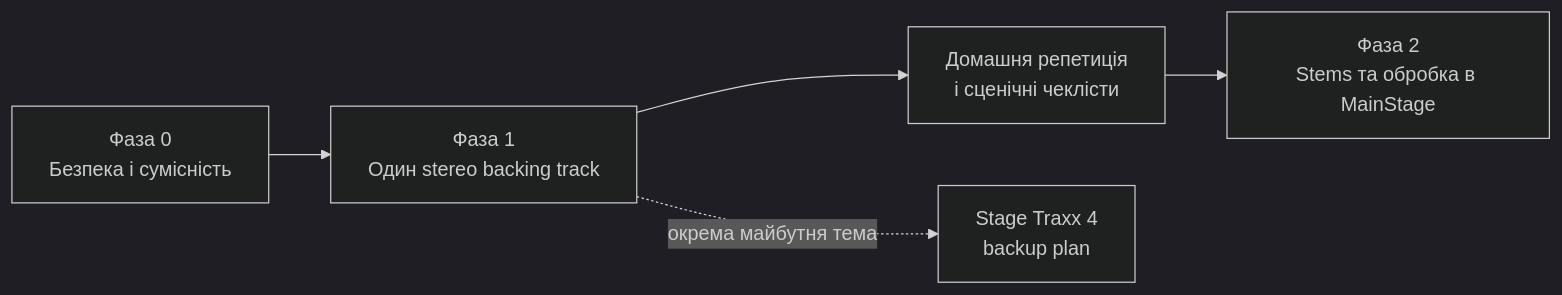
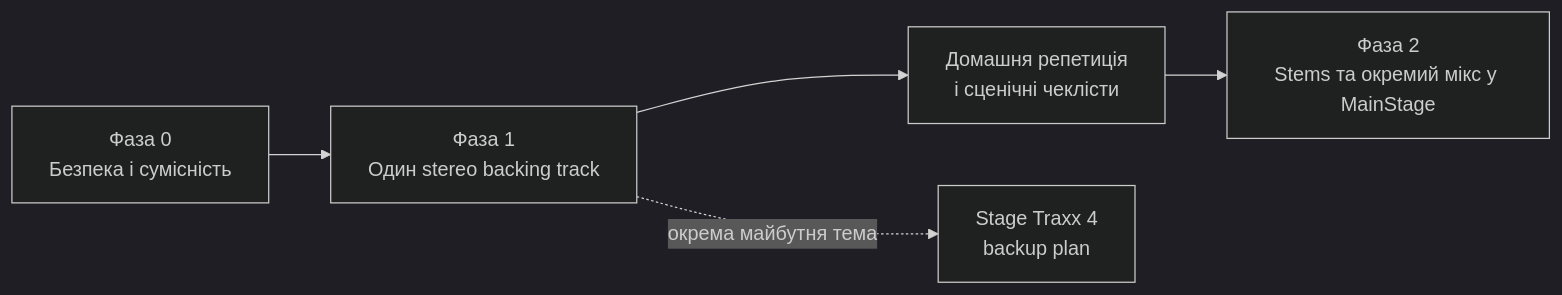
Before and after one commit to andmev/Concert: the diagram in docs/02-documentation-map.md, drawn with Mermaid (dark theme). The commit also changed other lines of this file and 5 other files, not shown here.

````diff
--- a/docs/02-documentation-map.md
+++ b/docs/02-documentation-map.md
@@ -5,7 +5,7 @@
 ```mermaid
 flowchart LR
     F0["Фаза 0<br/>Безпека і сумісність"] --> F1["Фаза 1<br/>Один stereo backing track"]
     F1 --> Live["Домашня репетиція<br/>і сценічні чеклісти"]
-    Live --> F2["Фаза 2<br/>Stems та обробка в MainStage"]
+    Live --> F2["Фаза 2<br/>Stems та окремий мікс у MainStage"]
     F1 -. "окрема майбутня тема" .-> ST["Stage Traxx 4<br/>backup plan"]
 ```
````
